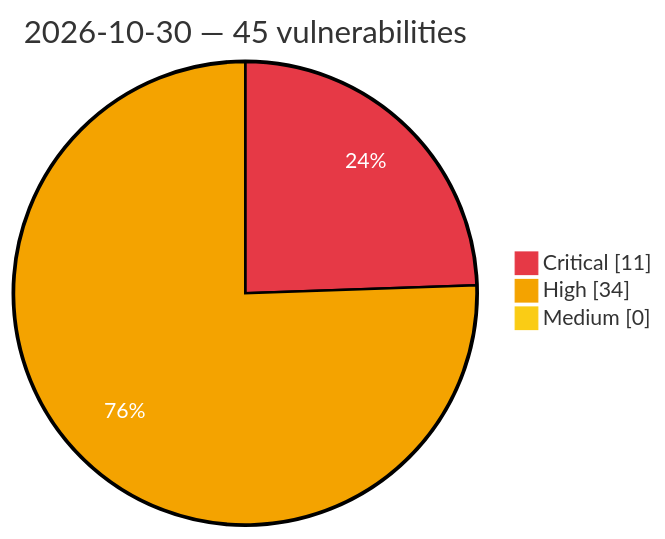
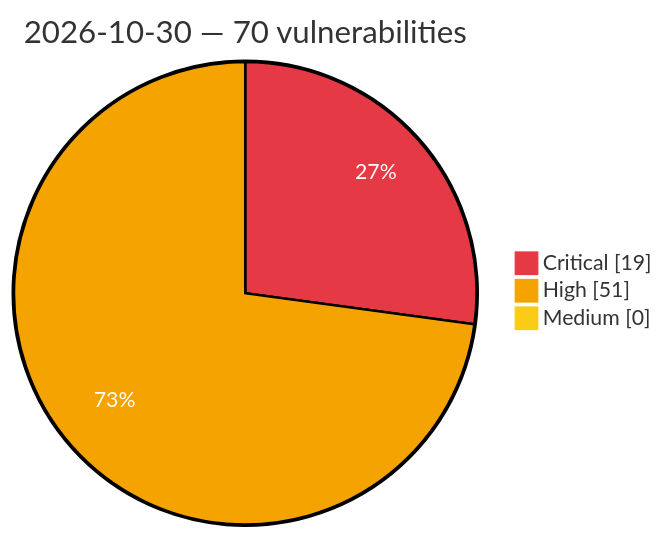
Before and after one commit to GhostX0X/vuln-tracker: the diagram in vulnerabilities/2026/October/2026-10-30.md, drawn with Mermaid. The commit also changed other lines of this file and 5 other files, not shown here.

Commit message:
Auto update: critical/high vulns (2026-10-30 23:05 UTC)

````diff
--- a/vulnerabilities/2026/October/2026-10-30.md
+++ b/vulnerabilities/2026/October/2026-10-30.md
@@ -3,8 +3,8 @@
 ```mermaid
 %%{init: {'theme':'base', 'themeVariables': {'pie1':'#e63946', 'pie2':'#f4a300', 'pie3':'#facc15', 'pieOpacity':'1', 'pieOuterStrokeWidth':'2px', 'pieSectionTextColor':'#ffffff'}}}%%
 pie showData
-    title 2026-10-30 — 45 vulnerabilities
-    "Critical" : 11
-    "High" : 34
+    title 2026-10-30 — 70 vulnerabilities
+    "Critical" : 19
+    "High" : 51
     "Medium" : 0
 ```
````
